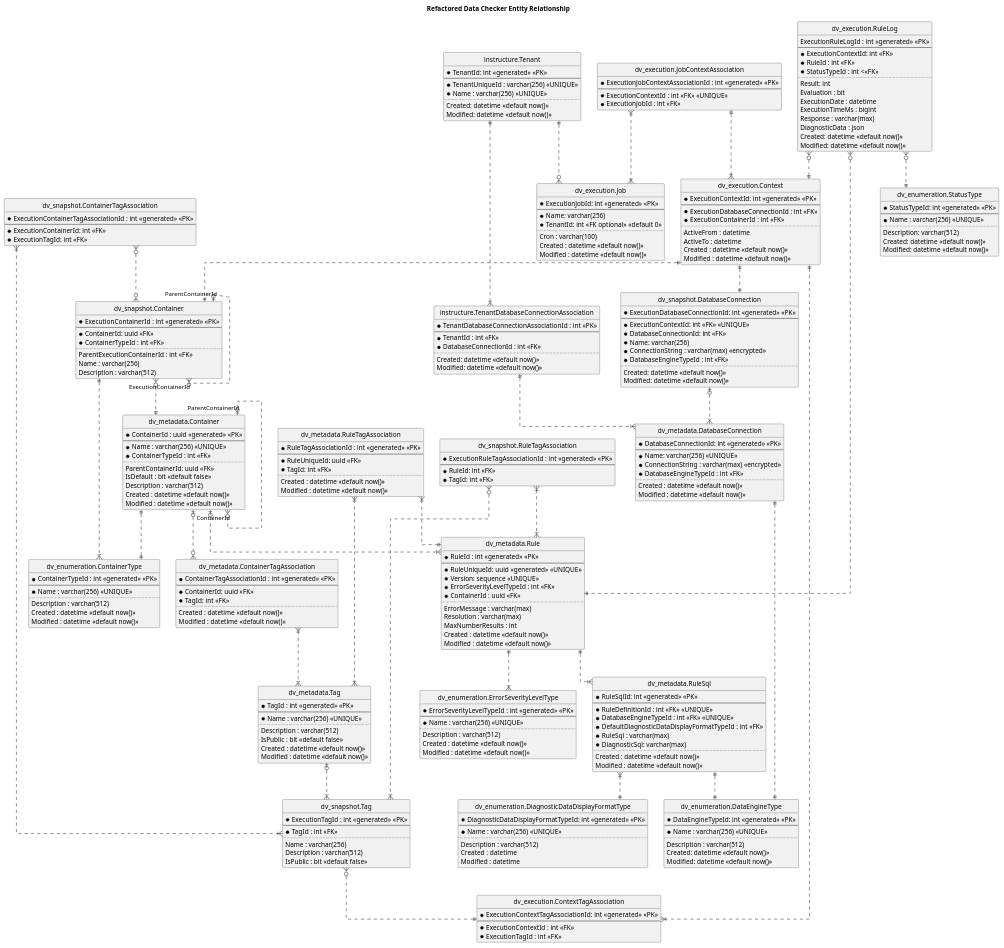
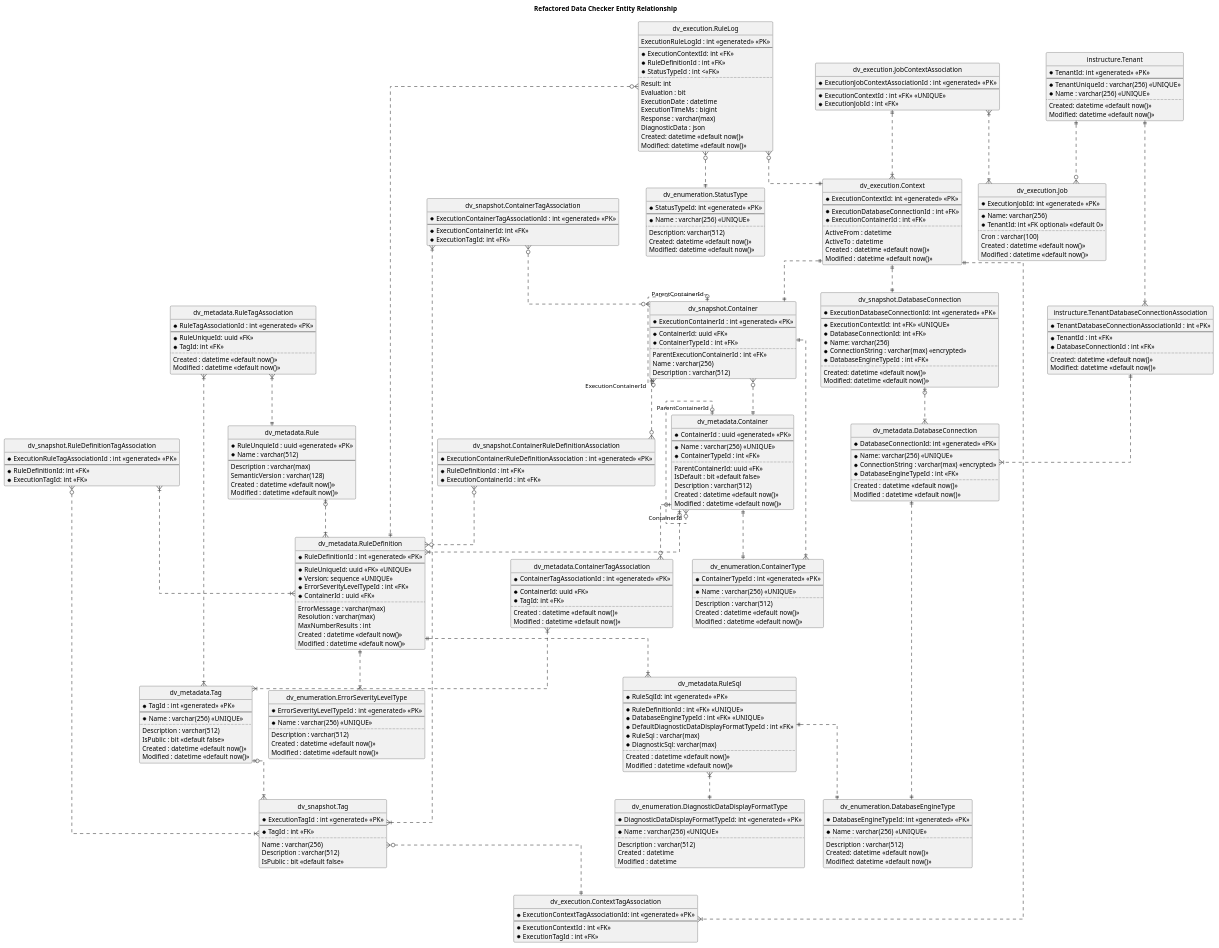
One commit to jamessmckay/DataChecker changed the diagram in src/MSDF.DataChecker.Infrastructure/Uml/proposed_refactored_er.puml. Above: the diagram before and after it, drawn with PlantUML.

Commit message:
added an association for rule snapshots

```diff
--- a/src/MSDF.DataChecker.Infrastructure/Uml/proposed_refactored_er.puml
+++ b/src/MSDF.DataChecker.Infrastructure/Uml/proposed_refactored_er.puml
@@ -18,10 +18,20 @@
     Modified : datetime <<default now()>>
 }
 
-entity "dv_metadata.Rule" as Rules {
-    * RuleId : int <<generated>> <<PK>>
+entity "dv_metadata.Rule" as Rule {
+    * RuleUnquieId : uuid <<generated>> <<PK>>
+    * Name : varchar(512)
     --
-    * RuleUniqueId: uuid <<generated>> <<UNIQUE>>
+    Description : varchar(max)
+    SemanticVersion : varchar(128)
+    Created : datetime <<default now()>>
+    Modified : datetime <<default now()>>
+}
+
+entity "dv_metadata.RuleDefinition" as Rules {
+    * RuleDefinitionId : int <<generated>> <<PK>>
+    --
+    * RuleUniqueId: uuid <<FK>> <<UNIQUE>>
     * Version: sequence <<UNIQUE>>
     * ErrorSeverityLevelTypeId : int <<FK>>
     * ContainerId : uuid <<FK>>
@@ -121,11 +131,18 @@
     * ExecutionTagId: int <<FK>>
 }
 
-entity "dv_snapshot.RuleTagAssociation" as exeRuleTagAssociations {
+entity "dv_snapshot.ContainerRuleDefinitionAssociation" as exeContainerRuleDefinitionAssociation {
+    * ExecutionContainerRuleDefinitionAssociation : int <<generated>> <<PK>>
+    --
+    * RuleDefinitionId : int <<FK>>
+    * ExecutionContainerId : int <<FK>>
+}
+
+entity "dv_snapshot.RuleDefinitionTagAssociation" as exeRuleTagAssociations {
     * ExecutionRuleTagAssociationId : int <<generated>> <<PK>>
     --
-    * RuleId: int <<FK>>
-    * TagId: int <<FK>>
+    * RuleDefinitionId: int <<FK>>
+    * ExecutionTagId: int <<FK>>
 }
 
 entity "dv_snapshot.Tag" as exeTags {
@@ -181,7 +198,7 @@
     ExecutionRuleLogId : int <<generated >> <<PK>>
     --
     * ExecutionContextId: int <<FK>>
-    * RuleId : int <<FK>>
+    * RuleDefinitionId : int <<FK>>
     * StatusTypeId : int <<<FK>>
     ..
     Result: int
@@ -205,8 +222,8 @@
     Modified: datetime <<default now()>>
 }
 
-entity "dv_enumeration.DataEngineType" as DatabaseEngineType {
-    * DataEngineTypeId: int <<generated>> <<PK>>
+entity "dv_enumeration.DatabaseEngineType" as DatabaseEngineType {
+    * DatabaseEngineTypeId: int <<generated>> <<PK>>
     --
     * Name : varchar(256) <<UNIQUE>>
     ..
@@ -273,7 +290,9 @@
 Containers ||..|| ContainerType
 
 RuleTagAssociations }|..|{ Tags
-RuleTagAssociations }|..|| Rules
+RuleTagAssociations }|..|| Rule
+
+Rule |o..|{ Rules
 
 RuleSql }|..|| DiagnosticDataDisplayFormatType
 RuleSql ||..|| DatabaseEngineType
@@ -290,6 +309,9 @@
 
 exeContainers "ParentContainerId" |o..o{ "ExecutionContainerId" exeContainers
 exeContainers ||..|{ ContainerType
+
+exeContainers ||..o{ exeContainerRuleDefinitionAssociation
+exeContainerRuleDefinitionAssociation }o..o{ Rules
 
 exeDatabaseConnections |o..|{ DatabaseConnections
 
```
